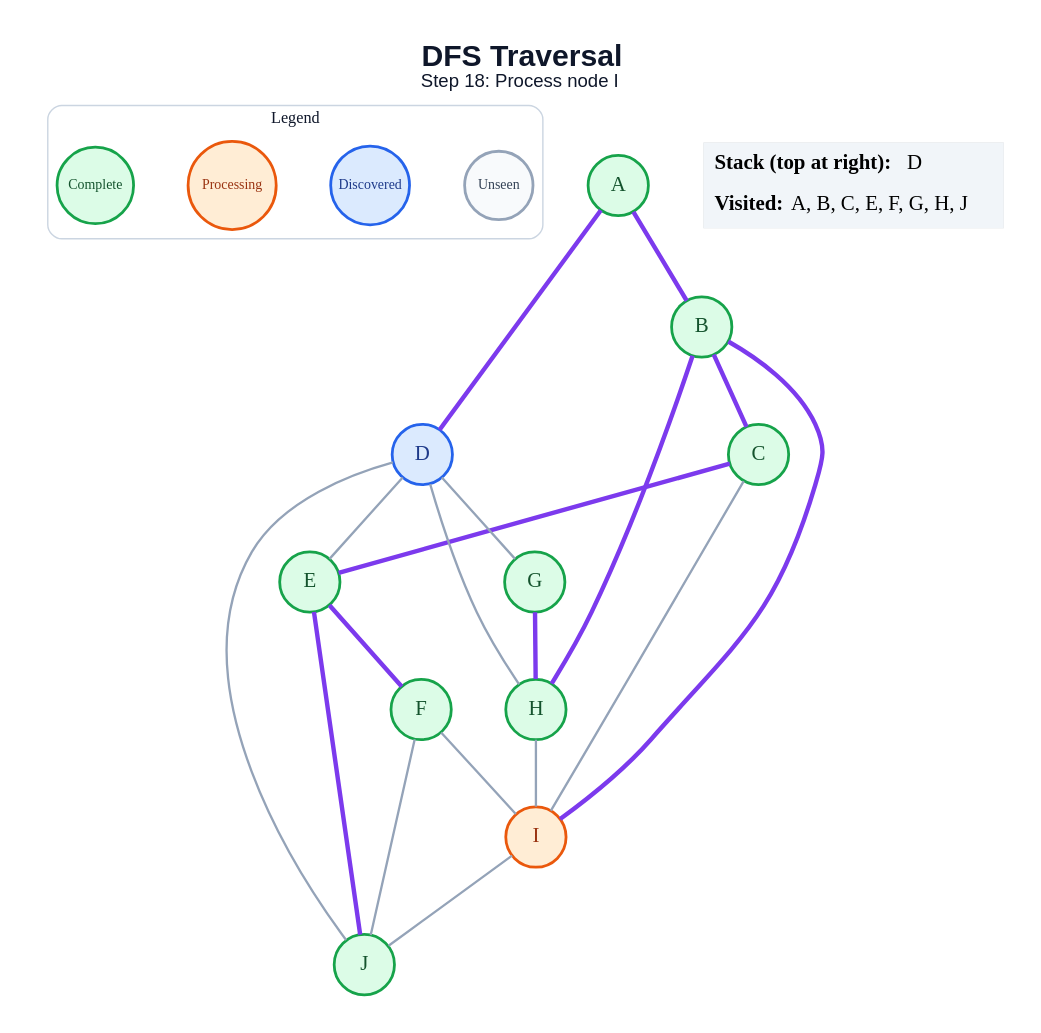
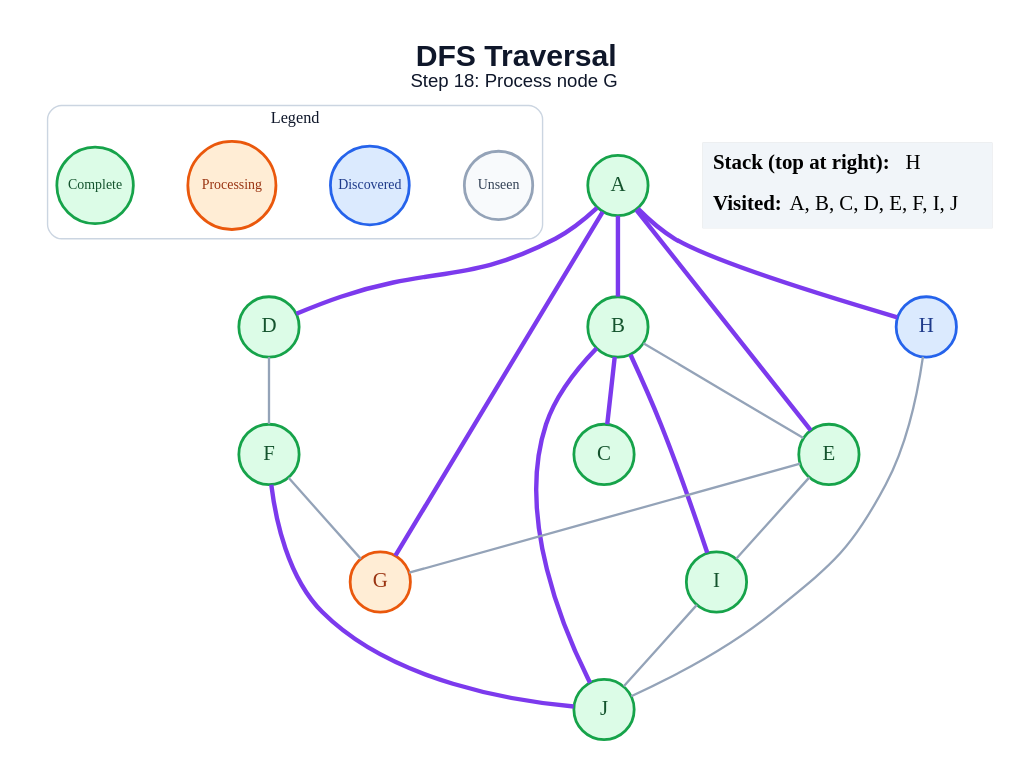
Before and after one commit to amanghodawala9/ai-slop: the diagram in generated/dfs/step_18.dot, drawn with Graphviz. The commit also changed 178 other files, not shown here.

```diff
--- a/generated/dfs/step_18.dot
+++ b/generated/dfs/step_18.dot
@@ -1,47 +1,45 @@
 graph traversal {
   graph [layout=dot, rankdir=TB, bgcolor="#FFFFFF", pad="0.35", nodesep="0.65", ranksep="0.8", fontname="Arial"];
   node [shape=circle, style="filled", fontname="Arial Bold", fontsize=18, width=0.72, fixedsize=true, penwidth=2.4];
   edge [color="#94A3B8", penwidth=2.0];
-  label=<<B>DFS Traversal</B><BR/><FONT POINT-SIZE="16">Step 18: Process node I</FONT>>; labelloc="t"; fontsize=26; fontname="Arial"; fontcolor="#0F172A";
+  label=<<B>DFS Traversal</B><BR/><FONT POINT-SIZE="16">Step 18: Process node G</FONT>>; labelloc="t"; fontsize=26; fontname="Arial"; fontcolor="#0F172A";
   subgraph cluster_legend { label="Legend"; color="#CBD5E1"; penwidth=1.2; style="rounded"; fontsize=14; fontname="Arial Bold";
     key_unseen [label="Unseen", fillcolor="#F8FAFC", color="#94A3B8", fontcolor="#334155", fontsize=12, width=0.82];
     key_frontier [label="Discovered", fillcolor="#DBEAFE", color="#2563EB", fontcolor="#1E3A8A", fontsize=12, width=0.95];
     key_current [label="Processing", fillcolor="#FFEDD5", color="#EA580C", fontcolor="#9A3412", fontsize=12, width=1.05];
     key_done [label="Complete", fillcolor="#DCFCE7", color="#16A34A", fontcolor="#14532D", fontsize=12, width=0.92];
     { rank=same; key_unseen; key_frontier; key_current; key_done; }
   }
   A [fillcolor="#DCFCE7", color="#16A34A", fontcolor="#14532D"];
   B [fillcolor="#DCFCE7", color="#16A34A", fontcolor="#14532D"];
   C [fillcolor="#DCFCE7", color="#16A34A", fontcolor="#14532D"];
-  D [fillcolor="#DBEAFE", color="#2563EB", fontcolor="#1E3A8A"];
+  D [fillcolor="#DCFCE7", color="#16A34A", fontcolor="#14532D"];
   E [fillcolor="#DCFCE7", color="#16A34A", fontcolor="#14532D"];
   F [fillcolor="#DCFCE7", color="#16A34A", fontcolor="#14532D"];
-  G [fillcolor="#DCFCE7", color="#16A34A", fontcolor="#14532D"];
-  H [fillcolor="#DCFCE7", color="#16A34A", fontcolor="#14532D"];
-  I [fillcolor="#FFEDD5", color="#EA580C", fontcolor="#9A3412"];
+  G [fillcolor="#FFEDD5", color="#EA580C", fontcolor="#9A3412"];
+  H [fillcolor="#DBEAFE", color="#2563EB", fontcolor="#1E3A8A"];
+  I [fillcolor="#DCFCE7", color="#16A34A", fontcolor="#14532D"];
   J [fillcolor="#DCFCE7", color="#16A34A", fontcolor="#14532D"];
   A -- B [color="#7C3AED", penwidth=3.8];
   A -- D [color="#7C3AED", penwidth=3.8];
+  A -- E [color="#7C3AED", penwidth=3.8];
+  A -- G [color="#7C3AED", penwidth=3.8];
+  A -- H [color="#7C3AED", penwidth=3.8];
   B -- C [color="#7C3AED", penwidth=3.8];
-  B -- H [color="#7C3AED", penwidth=3.8];
+  B -- E;
   B -- I [color="#7C3AED", penwidth=3.8];
-  C -- E [color="#7C3AED", penwidth=3.8];
-  C -- I;
-  D -- E;
-  D -- G;
-  D -- H;
-  D -- J;
-  E -- F [color="#7C3AED", penwidth=3.8];
-  E -- J [color="#7C3AED", penwidth=3.8];
-  F -- I;
-  F -- J;
-  G -- H [color="#7C3AED", penwidth=3.8];
-  H -- I;
+  B -- J [color="#7C3AED", penwidth=3.8];
+  D -- F;
+  E -- G;
+  E -- I;
+  F -- G;
+  F -- J [color="#7C3AED", penwidth=3.8];
+  H -- J;
   I -- J;
   status [shape=plain, fixedsize=false, width=0, height=0, margin=0, label=<
     <TABLE BORDER="0" CELLBORDER="0" CELLPADDING="7" BGCOLOR="#F1F5F9">
-      <TR><TD ALIGN="LEFT"><B>Stack (top at right):</B> D</TD></TR>
-      <TR><TD ALIGN="LEFT"><B>Visited:</B> A, B, C, E, F, G, H, J</TD></TR>
+      <TR><TD ALIGN="LEFT"><B>Stack (top at right):</B> H</TD></TR>
+      <TR><TD ALIGN="LEFT"><B>Visited:</B> A, B, C, D, E, F, I, J</TD></TR>
     </TABLE>
   >];
 }
```
